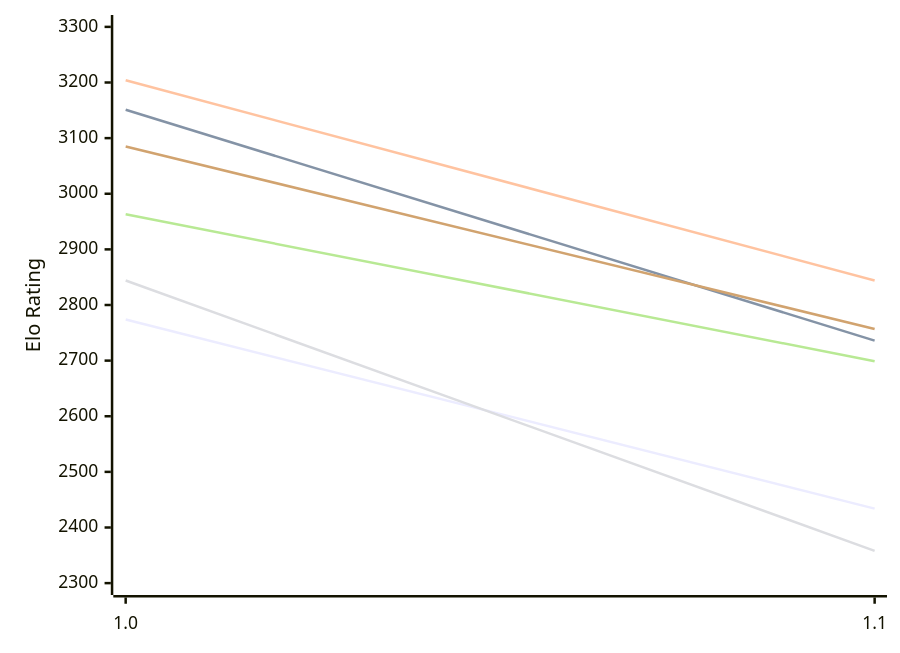
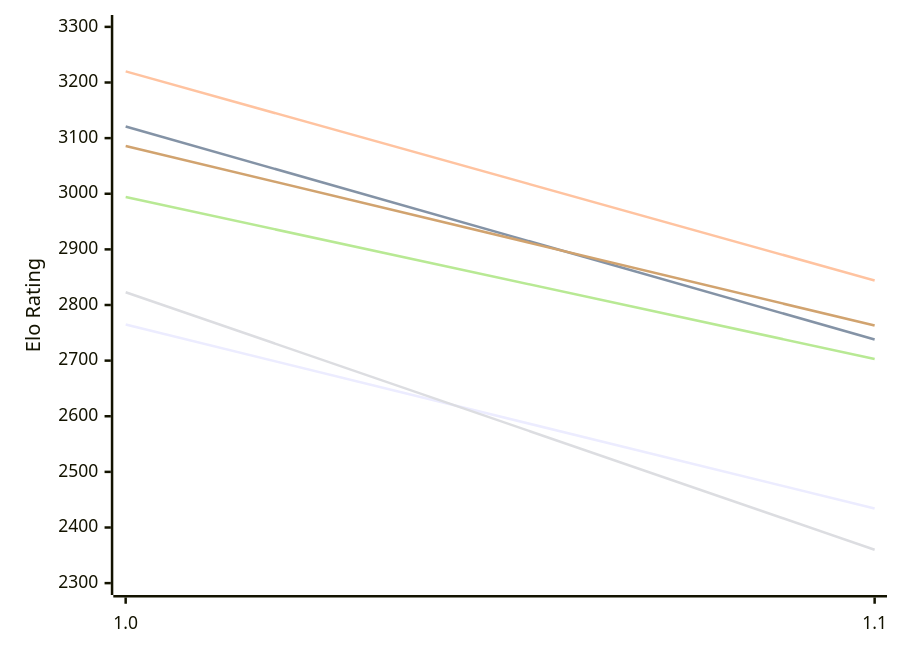
One commit to computer-chess-index/cci changed the first of 2 diagrams in engines/Publius.md. Above: the diagram before and after it, drawn with Mermaid. The commit also changed other lines of this file, not shown here.

Commit message:
Update CCI Ratings (ELO VLTC) - 2026-11-17

````diff
--- a/engines/Publius.md
+++ b/engines/Publius.md
@@ -50,12 +50,12 @@
 ```mermaid
 %%{init: {"theme":"base","themeVariables":{"seriesColors:['#a3a3a3','#222221','#faa371']}}}%%
 xychart-beta
   x-axis ["1.0", "1.1"]
   y-axis "Elo Rating" 2300 --> 3300
-  line "E1: STC (8.0+0.08s)" [2774, 2434]
-  line "E1: LTC (60.0+0.60s)" [3151, 2736]
-  line "E1: VLTC (2m24s+1.12s)" [3204, 2844]
-  line "P1: STC (8.0+0.08s)" [2844, 2358]
-  line "P1: LTC (60.0+0.60s)" [2963, 2699]
-  line "P1: VLTC (2m24s+1.12s)" [3085, 2757]
+  line "E1: STC (8.0+0.08s)" [2765, 2434]
+  line "E1: LTC (60.0+0.60s)" [3121, 2738]
+  line "E1: VLTC (2m24s+1.12s)" [3220, 2844]
+  line "P1: STC (8.0+0.08s)" [2823, 2360]
+  line "P1: LTC (60.0+0.60s)" [2994, 2703]
+  line "P1: VLTC (2m24s+1.12s)" [3086, 2763]
 ```
````
